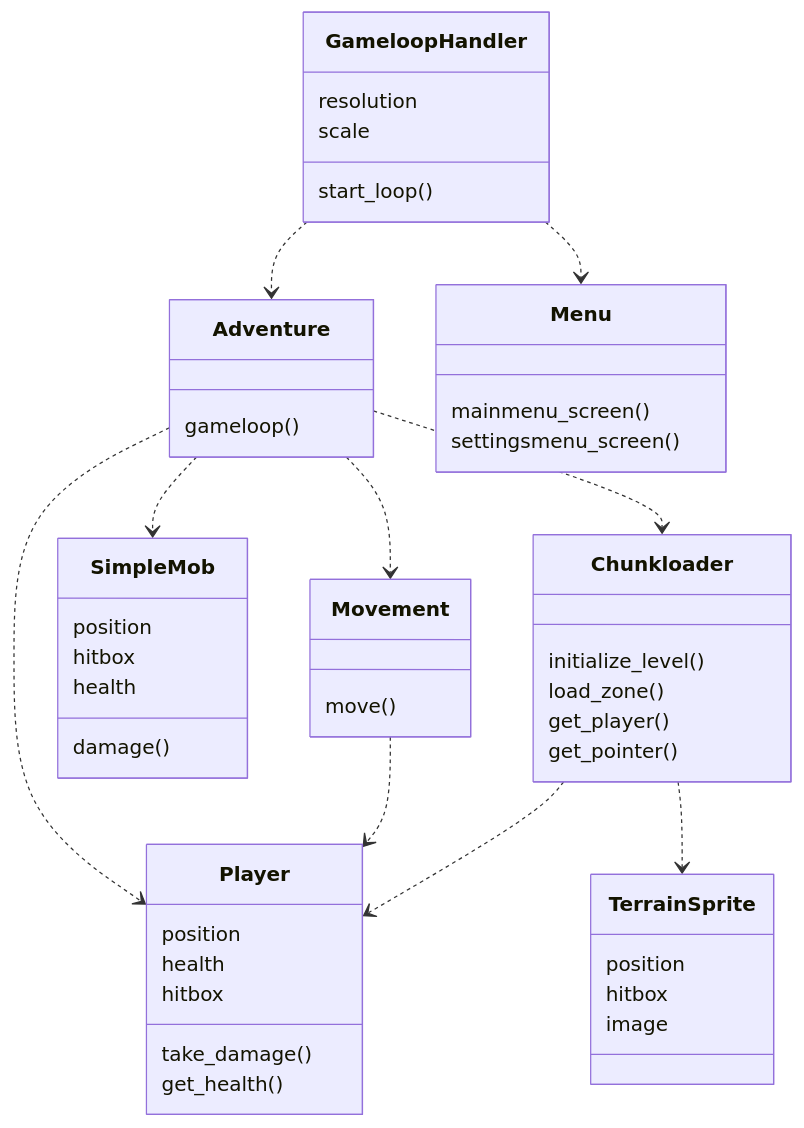
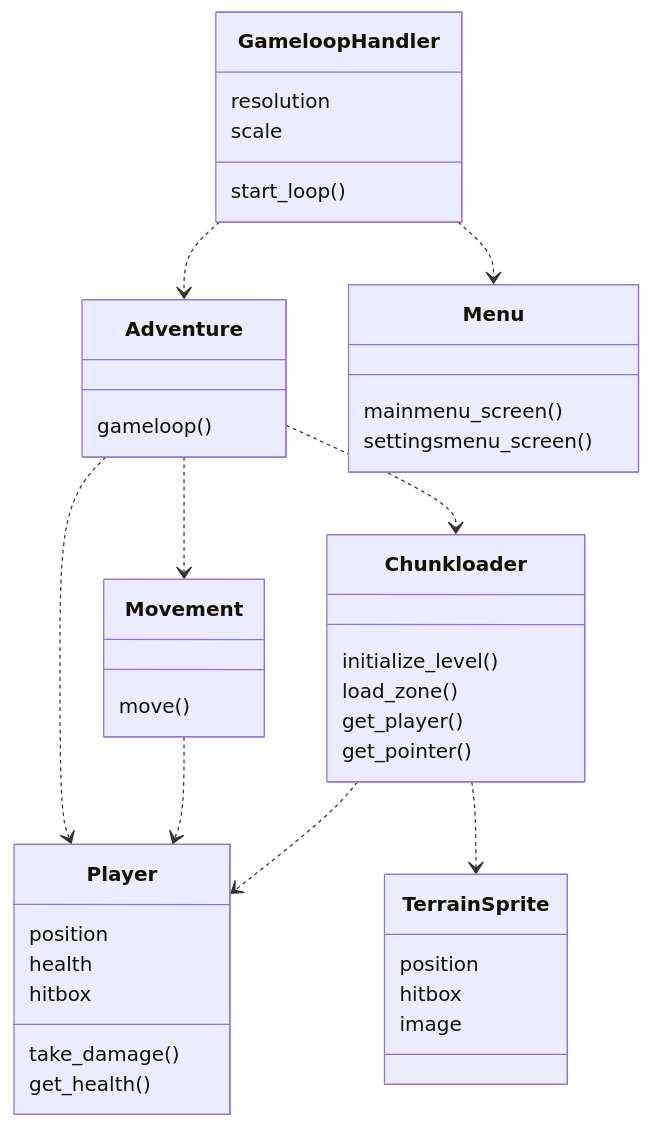
One commit to VehvilainenPooki/OTProjekti changed the first of 2 diagrams in Payload_adventure_game/Documentation/ArchitectureDescription.md. Above: the diagram before and after it, drawn with Mermaid.

````diff
--- a/Payload_adventure_game/Documentation/ArchitectureDescription.md
+++ b/Payload_adventure_game/Documentation/ArchitectureDescription.md
@@ -2,51 +2,44 @@
 ```mermaid
  classDiagram
       class Player{
           position
           health
           hitbox
           take_damage()
           get_health()
       }
       class Movement{
           move()
-      }
-      class SimpleMob{
-          position
-          hitbox
-          health
-          damage()
       }
       class Chunkloader{
           initialize_level()
           load_zone()
           get_player()
           get_pointer()
       }
       class TerrainSprite{
           position
           hitbox
           image
       }
       class GameloopHandler{
           resolution
           scale
           start_loop()
       }
       class Adventure{
           gameloop()
       }
       class Menu{
       mainmenu_screen()
       settingsmenu_screen()
       }
       GameloopHandler ..> Menu
       GameloopHandler ..> Adventure
       Adventure ..> Player
       Adventure ..> Movement
-      Adventure ..> SimpleMob
       Adventure ..> Chunkloader
       Movement ..> Player
       Chunkloader ..> TerrainSprite
       Chunkloader ..> Player
 ```
````
